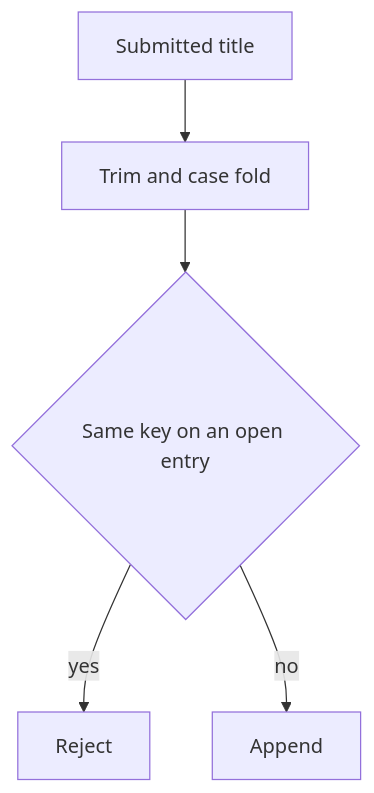
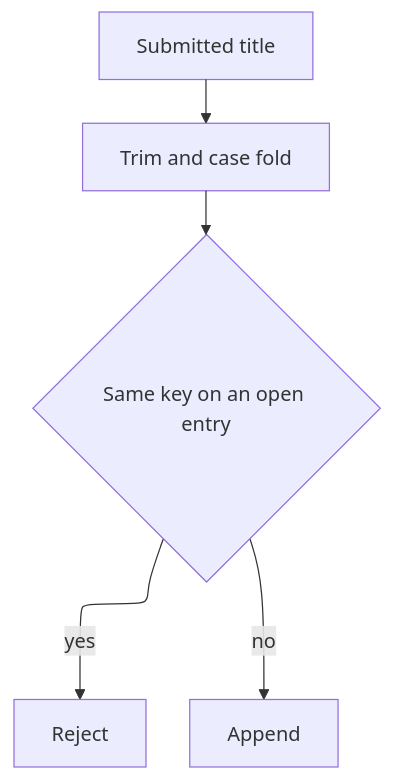
Before and after one commit to sohampatwardhan/kiro-sdd-skills: the diagram in examples/reading-queue/.kiro/steering/duplicate-title-notes.md, drawn with Mermaid. The commit also changed 36 other files, not shown here.

First line of the commit message:
Use ELK layout for Mermaid flowcharts and state diagrams

````diff
--- a/examples/reading-queue/.kiro/steering/duplicate-title-notes.md
+++ b/examples/reading-queue/.kiro/steering/duplicate-title-notes.md
@@ -13,7 +13,11 @@
 ```mermaid
+---
+config:
+  layout: elk
+---
 flowchart TB
   raw["Submitted title"] --> norm["Trim and case fold"]
   norm --> open{"Same key on an open entry"}
   open -->|"yes"| reject["Reject"]
   open -->|"no"| append["Append"]
 ```
````
